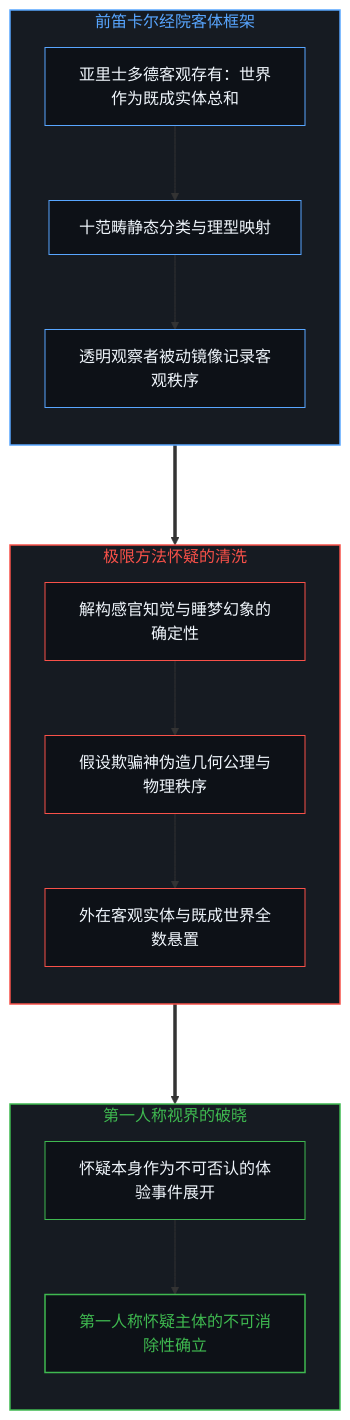
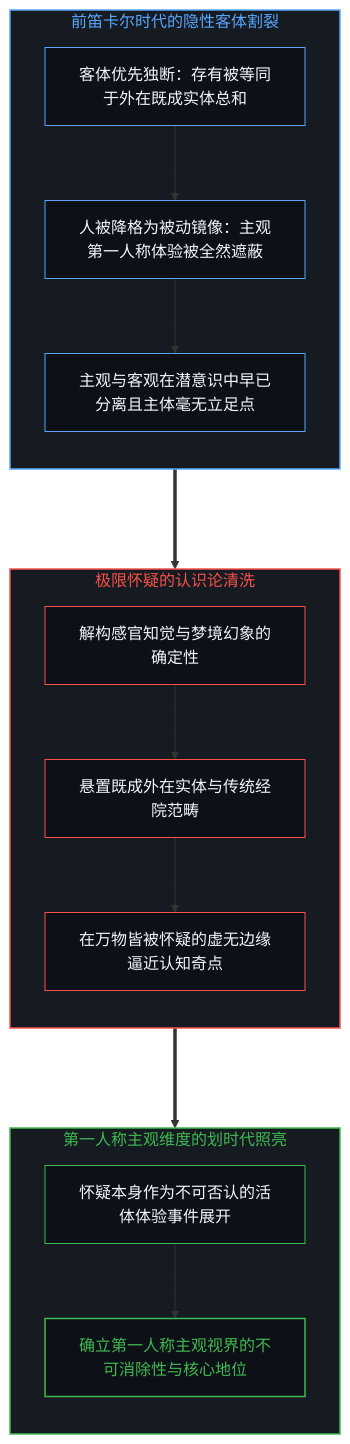
Before and after one commit to powerpig99/not-a-toe: the first of 10 diagrams in content/posts/the-cartesian-overstep-and-the-frenzy-of-creation.md, drawn with Mermaid. The commit also changed other lines of this file and 3 other files, not shown here.

````diff
--- a/content/posts/the-cartesian-overstep-and-the-frenzy-of-creation.md
+++ b/content/posts/the-cartesian-overstep-and-the-frenzy-of-creation.md
@@ -15,34 +15,34 @@
 ```mermaid
 graph TD
-    subgraph S_ClassicalFrame ["前笛卡尔经院客体框架"]
+    subgraph S_PreCartesianDogma ["前笛卡尔时代的隐性客体割裂"]
         direction TB
-        A_Aristo["亚里士多德客观存有：世界作为既成实体总和"] --> B_Categories["十范畴静态分类与理型映射"]
-        B_Categories --> C_PassiveMirror["透明观察者被动镜像记录客观秩序"]
+        A_Scholastic["客体优先独断：存有被等同于外在既成实体总和"] --> B_Mirror["人被降格为被动镜像：主观第一人称体验被全然遮蔽"]
+        B_Mirror --> C_UnconsciousSplit["主观与客观在潜意识中早已分离且主体毫无立足点"]
     end
 
-    subgraph S_RadicalDoubt ["极限方法怀疑的清洗"]
+    subgraph S_MethodDoubt ["极限怀疑的认识论清洗"]
         direction TB
-        D_Senses["解构感官知觉与睡梦幻象的确定性"] --> E_Demon["假设欺骗神伪造几何公理与物理秩序"]
-        E_Demon --> F_Suspended["外在客观实体与既成世界全数悬置"]
+        D_Senses["解构感官知觉与梦境幻象的确定性"] --> E_Bracket["悬置既成外在实体与传统经院范畴"]
+        E_Bracket --> F_VoidEdge["在万物皆被怀疑的虚无边缘逼近认知奇点"]
     end
 
-    subgraph S_FirstPersonAnchor ["第一人称视界的破晓"]
+    subgraph S_SubjectiveDawn ["第一人称主观维度的划时代照亮"]
         direction TB
-        G_ActOfDoubt["怀疑本身作为不可否认的体验事件展开"] --> H_EgoAnchor["第一人称怀疑主体的不可消除性确立"]
+        G_ActOfDoubt["怀疑本身作为不可否认的活体体验事件展开"] --> H_FirstPersonPivot["确立第一人称主观视界的不可消除性与核心地位"]
     end
 
-    C_PassiveMirror ===> D_Senses
-    F_Suspended ===> G_ActOfDoubt
+    C_UnconsciousSplit ===> D_Senses
+    F_VoidEdge ===> G_ActOfDoubt
 
-    style S_ClassicalFrame fill:#161b22,stroke:#58a6ff,stroke-width:1.5px,color:#58a6ff
-    style S_RadicalDoubt fill:#161b22,stroke:#f85149,stroke-width:1.5px,color:#f85149
-    style S_FirstPersonAnchor fill:#161b22,stroke:#3fb950,stroke-width:1.5px,color:#3fb950
-    style A_Aristo fill:#0d1117,stroke:#58a6ff,stroke-width:1px,color:#f0f6fc
-    style B_Categories fill:#0d1117,stroke:#58a6ff,stroke-width:1px,color:#f0f6fc
-    style C_PassiveMirror fill:#0d1117,stroke:#58a6ff,stroke-width:1px,color:#f0f6fc
+    style S_PreCartesianDogma fill:#161b22,stroke:#58a6ff,stroke-width:1.5px,color:#58a6ff
+    style S_MethodDoubt fill:#161b22,stroke:#f85149,stroke-width:1.5px,color:#f85149
+    style S_SubjectiveDawn fill:#161b22,stroke:#3fb950,stroke-width:1.5px,color:#3fb950
+    style A_Scholastic fill:#0d1117,stroke:#58a6ff,stroke-width:1px,color:#f0f6fc
+    style B_Mirror fill:#0d1117,stroke:#58a6ff,stroke-width:1px,color:#f0f6fc
+    style C_UnconsciousSplit fill:#0d1117,stroke:#58a6ff,stroke-width:1px,color:#f0f6fc
     style D_Senses fill:#0d1117,stroke:#f85149,stroke-width:1px,color:#f0f6fc
-    style E_Demon fill:#0d1117,stroke:#f85149,stroke-width:1px,color:#f0f6fc
-    style F_Suspended fill:#0d1117,stroke:#f85149,stroke-width:1px,color:#f0f6fc
+    style E_Bracket fill:#0d1117,stroke:#f85149,stroke-width:1px,color:#f0f6fc
+    style F_VoidEdge fill:#0d1117,stroke:#f85149,stroke-width:1px,color:#f0f6fc
     style G_ActOfDoubt fill:#0d1117,stroke:#3fb950,stroke-width:1px,color:#f0f6fc
-    style H_EgoAnchor fill:#0d1117,stroke:#3fb950,stroke-width:1.5px,color:#3fb950
+    style H_FirstPersonPivot fill:#0d1117,stroke:#3fb950,stroke-width:1.5px,color:#3fb950
 ```
````
